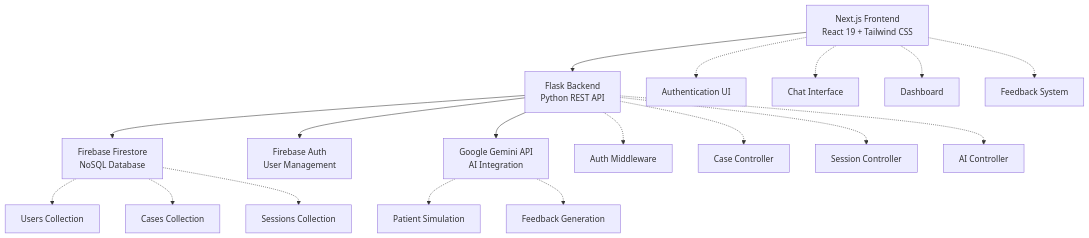
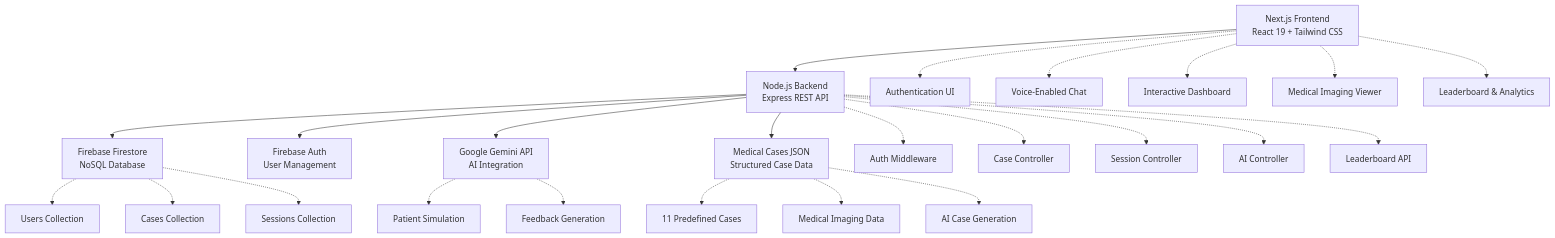
The first of 3 diagrams in README.md (AnushtupGhosh5/Prognosis), drawn with Mermaid before and after one commit. The commit also changed other lines of this file and 10 other files, not shown here.

````diff
--- a/README.md
+++ b/README.md
@@ -19,24 +23,31 @@
 ```mermaid
 flowchart TD
-    A["Next.js Frontend<br/>React 19 + Tailwind CSS"] --> B["Flask Backend<br/>Python REST API"]
+    A["Next.js Frontend<br/>React 19 + Tailwind CSS"] --> B["Node.js Backend<br/>Express REST API"]
     B --> C["Firebase Firestore<br/>NoSQL Database"]
     B --> D["Firebase Auth<br/>User Management"]
     B --> E["Google Gemini API<br/>AI Integration"]
+    B --> F["Medical Cases JSON<br/>Structured Case Data"]
     
     A -.-> A1["Authentication UI"]
-    A -.-> A2["Chat Interface"]
-    A -.-> A3["Dashboard"]
-    A -.-> A4["Feedback System"]
+    A -.-> A2["Voice-Enabled Chat"]
+    A -.-> A3["Interactive Dashboard"]
+    A -.-> A4["Medical Imaging Viewer"]
+    A -.-> A5["Leaderboard & Analytics"]
     
     B -.-> B1["Auth Middleware"]
     B -.-> B2["Case Controller"]
     B -.-> B3["Session Controller"]
     B -.-> B4["AI Controller"]
+    B -.-> B5["Leaderboard API"]
     
     C -.-> C1["Users Collection"]
     C -.-> C2["Cases Collection"]
     C -.-> C3["Sessions Collection"]
     
     E -.-> E1["Patient Simulation"]
     E -.-> E2["Feedback Generation"]
+    
+    F -.-> F1["11 Predefined Cases"]
+    F -.-> F2["Medical Imaging Data"]
+    F -.-> F3["AI Case Generation"]
 ```
````
